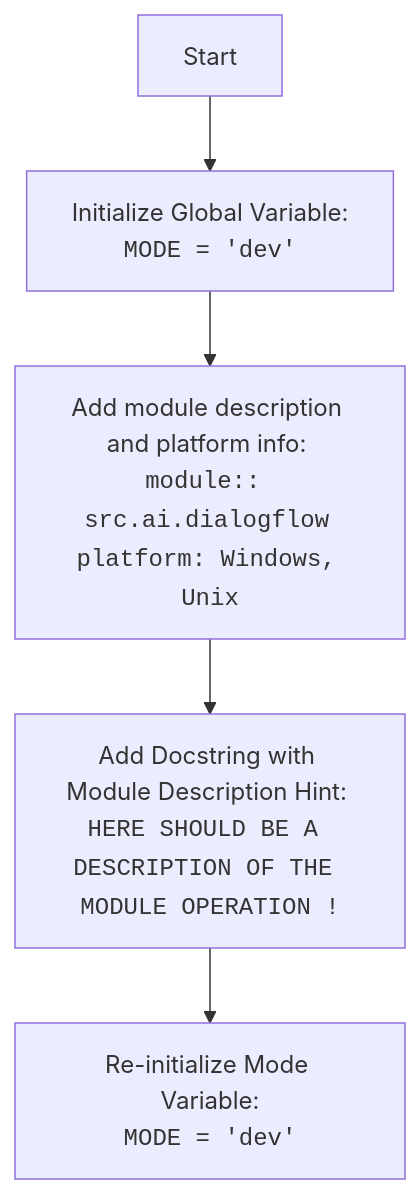
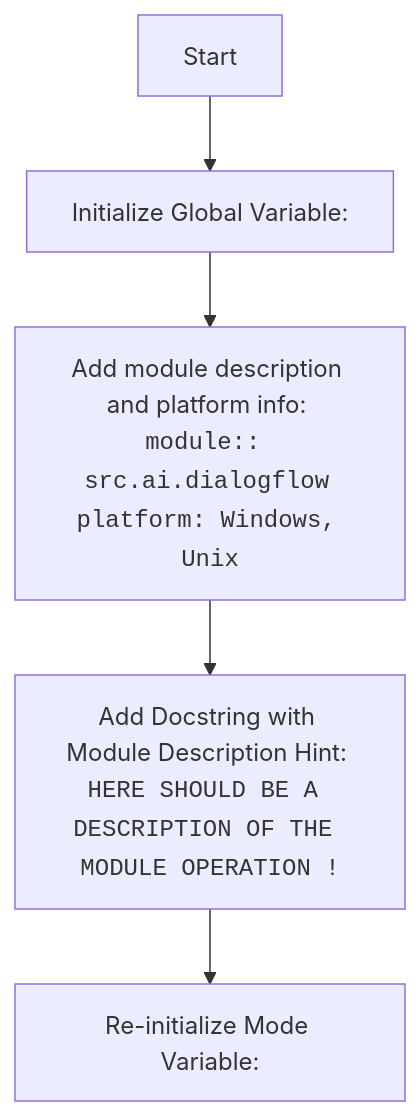
Before and after one commit to hypo69/hypo: the diagram in docs/gemini/ru/explainer/src/ai/dialogflow/__init__.py.md, drawn with Mermaid. The commit also changed other lines of this file and 6031 other files, not shown here.

````diff
--- a/docs/gemini/ru/explainer/src/ai/dialogflow/__init__.py.md
+++ b/docs/gemini/ru/explainer/src/ai/dialogflow/__init__.py.md
@@ -21,7 +21,7 @@
 ```mermaid
 flowchart TD
-    Start --> InitializeMode[Initialize Global Variable: <br><code>MODE = 'dev'</code>]
+    Start --> InitializeMode[Initialize Global Variable: <br><code></code>]
     InitializeMode --> ModuleDescription[Add module description and platform info: <br><code>module:: src.ai.dialogflow</code> <br> <code>platform: Windows, Unix</code>]
     ModuleDescription --> AddDocString[Add Docstring with Module Description Hint: <br><code>HERE SHOULD BE A DESCRIPTION OF THE MODULE OPERATION !</code>]
-    AddDocString --> ReInitializeMode[Re-initialize Mode Variable:<br><code>MODE = 'dev'</code>]
+    AddDocString --> ReInitializeMode[Re-initialize Mode Variable:<br><code></code>]
 ```
````
